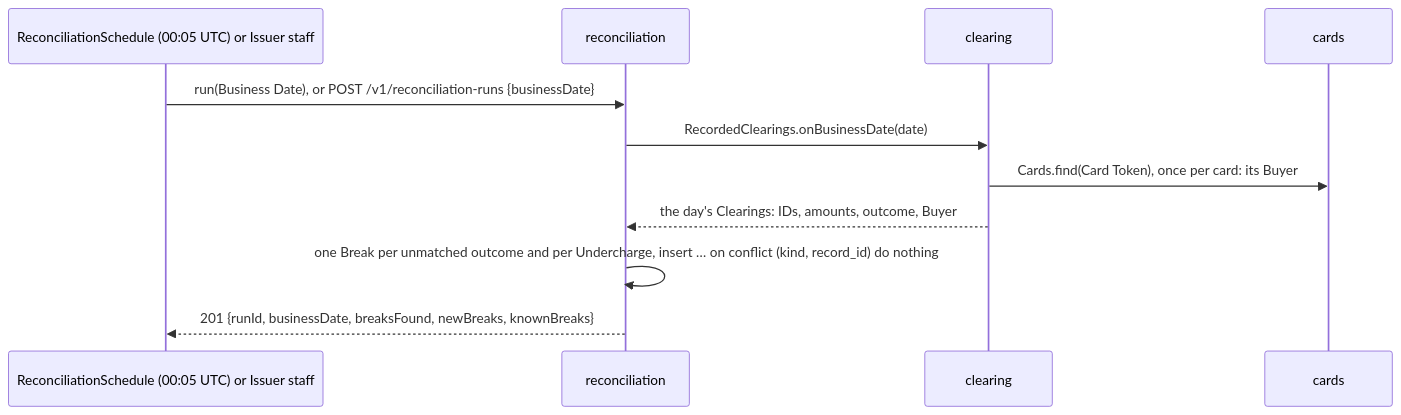
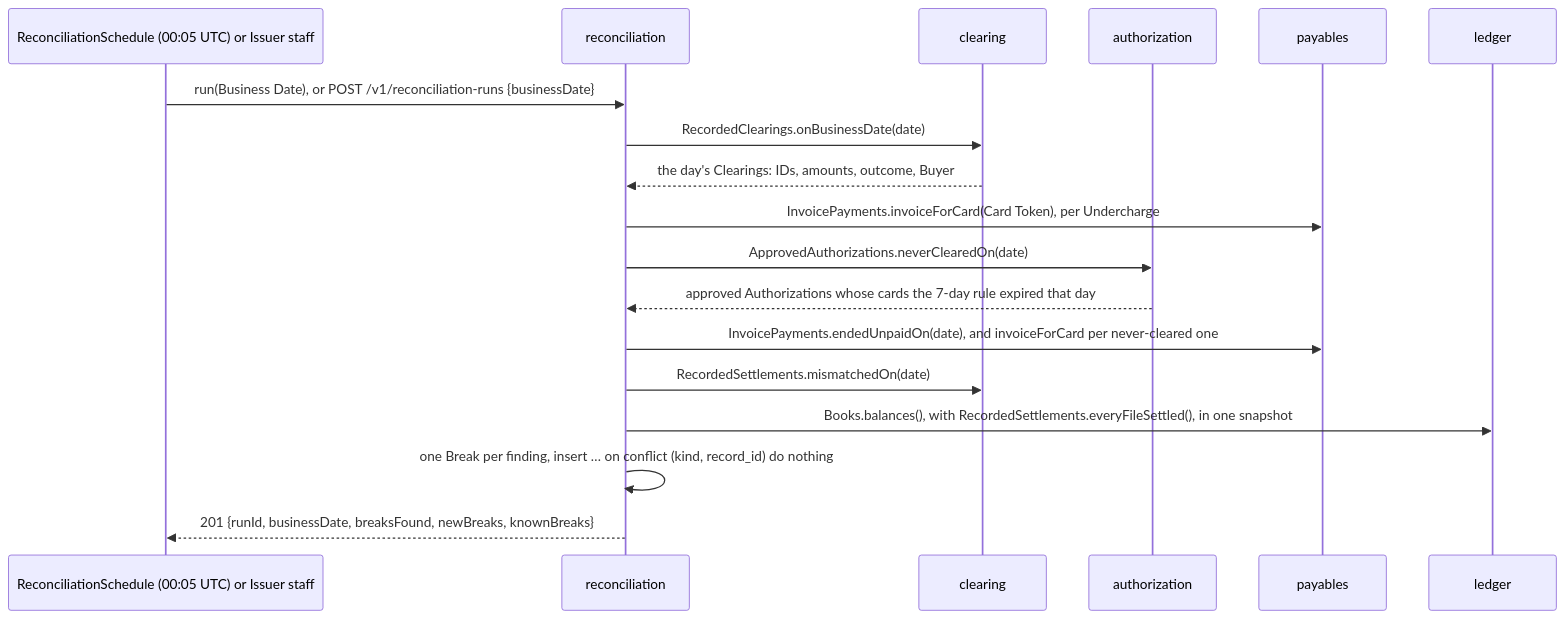
Before and after one commit to rgonzal92/b2b-payments-platform: the ninth of 11 diagrams in docs/architecture.md, drawn with Mermaid. The commit also changed other lines of this file and 14 other files, not shown here.

First line of the commit message:
feat(reconciliation): raise a Break when the books are out of balance

````diff
--- a/docs/architecture.md
+++ b/docs/architecture.md
@@ -353,13 +354,20 @@
 ```mermaid
 sequenceDiagram
   participant T as ReconciliationSchedule (00:05 UTC) or Issuer staff
   participant R as reconciliation
   participant C as clearing
-  participant CA as cards
+  participant A as authorization
+  participant P as payables
+  participant L as ledger
   T->>R: run(Business Date), or POST /v1/reconciliation-runs {businessDate}
   R->>C: RecordedClearings.onBusinessDate(date)
-  C->>CA: Cards.find(Card Token), once per card: its Buyer
   C-->>R: the day's Clearings: IDs, amounts, outcome, Buyer
-  R->>R: one Break per unmatched outcome and per Undercharge, insert … on conflict (kind, record_id) do nothing
+  R->>P: InvoicePayments.invoiceForCard(Card Token), per Undercharge
+  R->>A: ApprovedAuthorizations.neverClearedOn(date)
+  A-->>R: approved Authorizations whose cards the 7-day rule expired that day
+  R->>P: InvoicePayments.endedUnpaidOn(date), and invoiceForCard per never-cleared one
+  R->>C: RecordedSettlements.mismatchedOn(date)
+  R->>L: Books.balances(), with RecordedSettlements.everyFileSettled(), in one snapshot
+  R->>R: one Break per finding, insert … on conflict (kind, record_id) do nothing
   R-->>T: 201 {runId, businessDate, breaksFound, newBreaks, knownBreaks}
 ```
````
